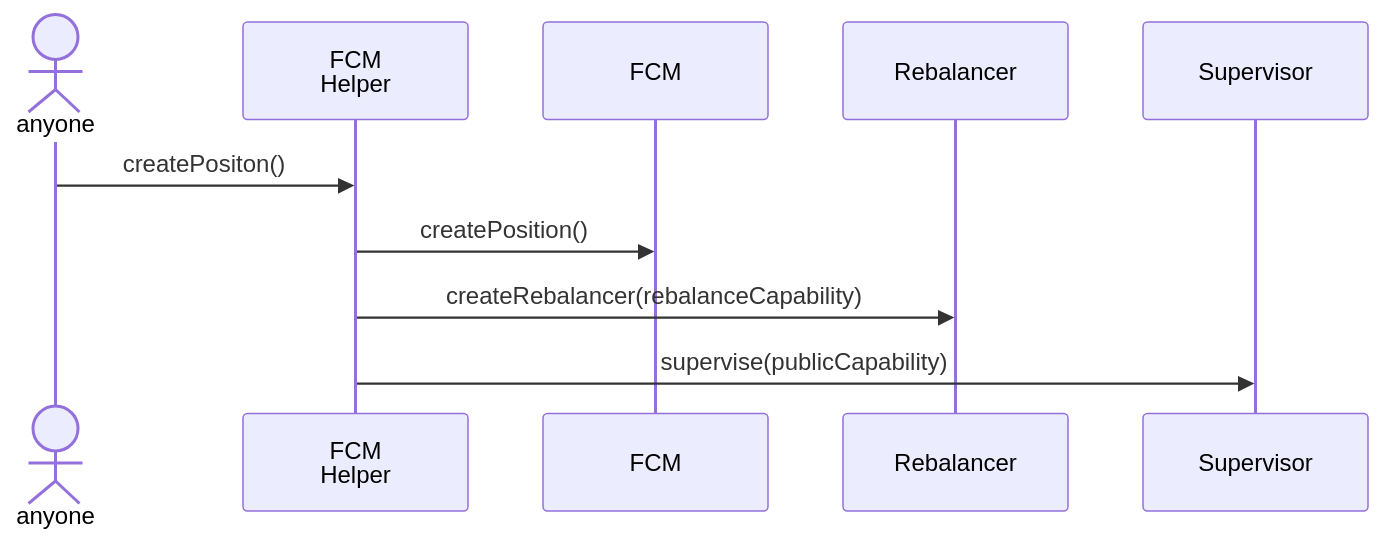
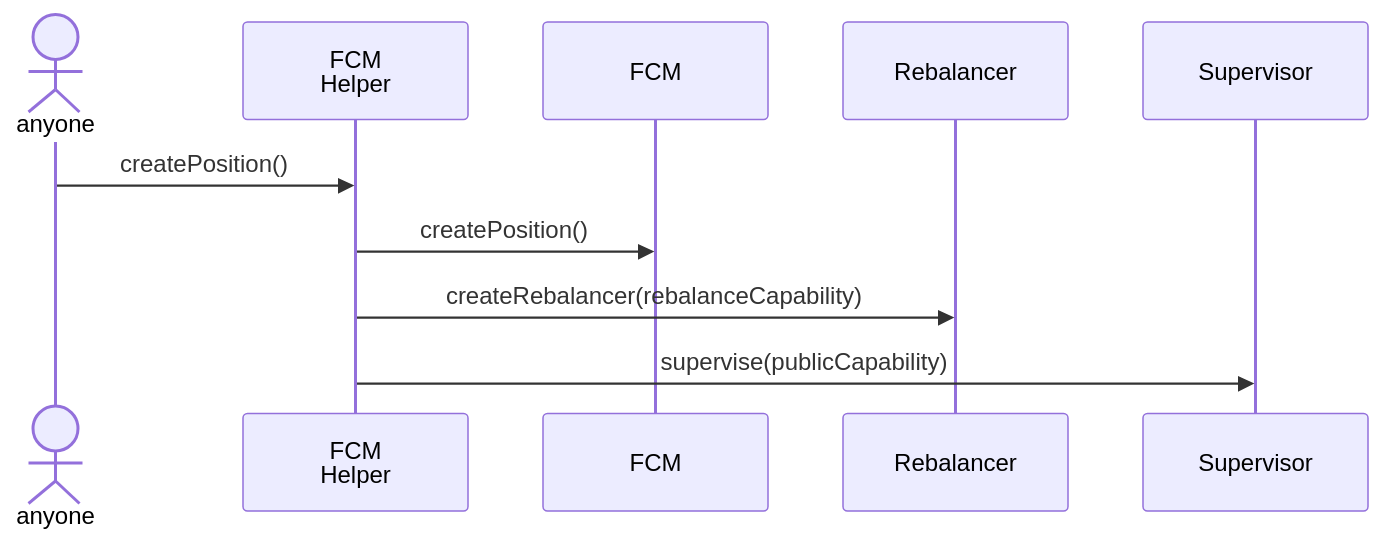
One commit to onflow/FlowALP changed the first of 2 diagrams in RebalanceArchitecture.md. Above: the diagram before and after it, drawn with Mermaid. The commit also changed other lines of this file and 7 other files, not shown here.

````diff
--- a/RebalanceArchitecture.md
+++ b/RebalanceArchitecture.md
@@ -14,12 +27,12 @@
 ```mermaid
 sequenceDiagram
     actor anyone
     participant FCMHelper as FCM<br/>Helper
     participant FCM
     participant AB as Rebalancer
     participant Supervisor
-    anyone->>FCMHelper: createPositon()
+    anyone->>FCMHelper: createPosition()
     FCMHelper->>FCM: createPosition()
     FCMHelper->>AB: createRebalancer(rebalanceCapability)
     FCMHelper->>Supervisor: supervise(publicCapability)
 ```
````
